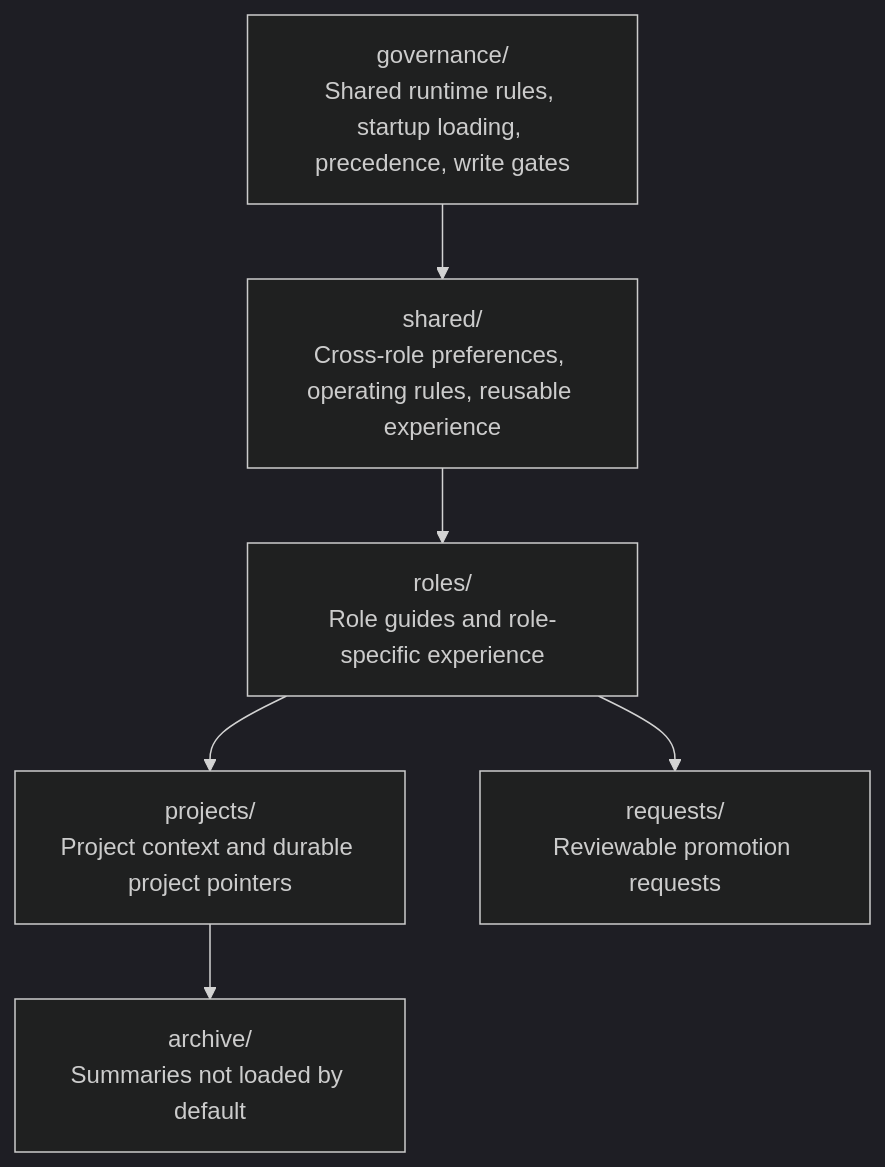
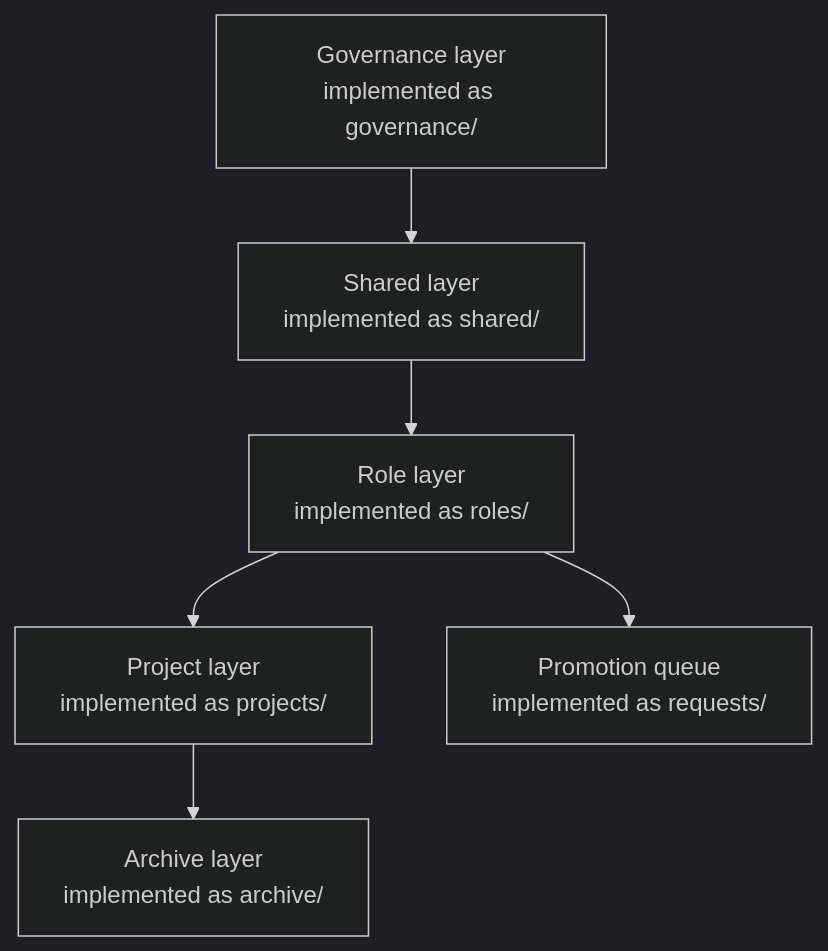
One commit to PHLens/pamem changed the first of 2 diagrams in DESIGN.md. Above: the diagram before and after it, drawn with Mermaid (dark theme). The commit also changed other lines of this file, not shown here.

````diff
--- a/DESIGN.md
+++ b/DESIGN.md
@@ -10,15 +11,15 @@
 ```mermaid
 flowchart TD
-    G["governance/<br/>Shared runtime rules, startup loading, precedence, write gates"]
-    S["shared/<br/>Cross-role preferences, operating rules, reusable experience"]
-    R["roles/<br/>Role guides and role-specific experience"]
-    P["projects/<br/>Project context and durable project pointers"]
-    A["archive/<br/>Summaries not loaded by default"]
-    Q["requests/<br/>Reviewable promotion requests"]
+    G["Governance layer<br/>implemented as governance/"]
+    S["Shared layer<br/>implemented as shared/"]
+    R["Role layer<br/>implemented as roles/"]
+    P["Project layer<br/>implemented as projects/"]
+    A["Archive layer<br/>implemented as archive/"]
+    Q["Promotion queue<br/>implemented as requests/"]
 
     G --> S
     S --> R
     R --> P
     P --> A
     R --> Q
 ```
````
